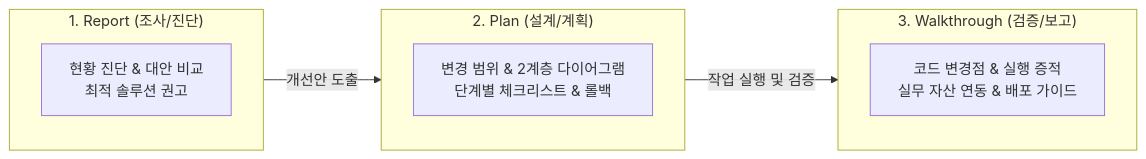
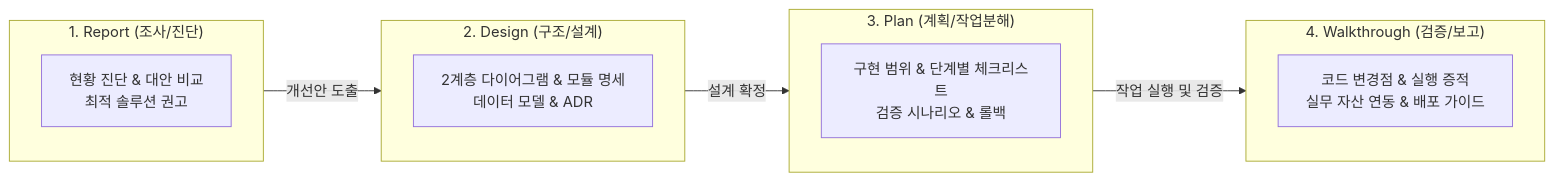
One commit to kumabrown/agy changed the diagram in .agents/skills/artifact-standard/SKILL.md. Above: the diagram before and after it, drawn with Mermaid. The commit also changed other lines of this file and 12 other files, not shown here.

````diff
--- a/.agents/skills/artifact-standard/SKILL.md
+++ b/.agents/skills/artifact-standard/SKILL.md
@@ -19,17 +21,22 @@
 ```mermaid
 flowchart LR
     subgraph S1 ["1. Report (조사/진단)"]
         R["현황 진단 & 대안 비교<br/>최적 솔루션 권고"]
     end
 
-    subgraph S2 ["2. Plan (설계/계획)"]
-        P["변경 범위 & 2계층 다이어그램<br/>단계별 체크리스트 & 롤백"]
+    subgraph S2 ["2. Design (구조/설계)"]
+        D["2계층 다이어그램 & 모듈 명세<br/>데이터 모델 & ADR"]
     end
 
-    subgraph S3 ["3. Walkthrough (검증/보고)"]
+    subgraph S3 ["3. Plan (계획/작업분해)"]
+        P["구현 범위 & 단계별 체크리스트<br/>검증 시나리오 & 롤백"]
+    end
+
+    subgraph S4 ["4. Walkthrough (검증/보고)"]
         W["코드 변경점 & 실행 증적<br/>실무 자산 연동 & 배포 가이드"]
     end
 
     S1 -- "개선안 도출" --> S2
-    S2 -- "작업 실행 및 검증" --> S3
+    S2 -- "설계 확정" --> S3
+    S3 -- "작업 실행 및 검증" --> S4
 ```
````
